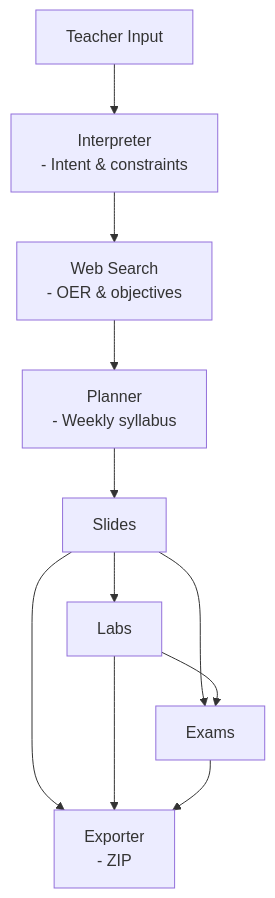
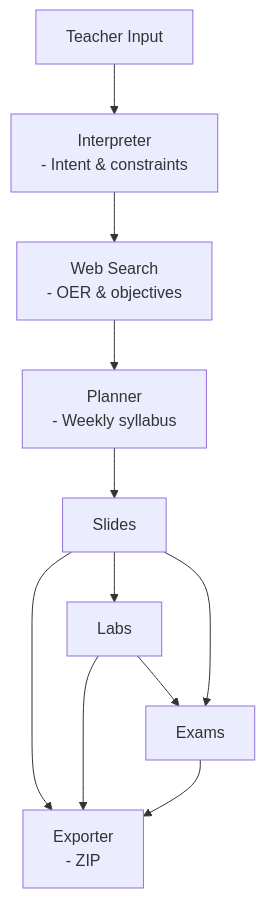
Before and after one commit to FaiOnayq/minhaj: the diagram in README.md, drawn with Mermaid.

````diff
--- a/README.md
+++ b/README.md
@@ -2,14 +2,14 @@
 ```mermaid
 graph TD;
     A[Teacher Input] --> B[Interpreter<br/>- Intent & constraints];
     B --> C[Web Search<br/>- OER & objectives];
     C --> D[Planner<br/>- Weekly syllabus];
     D --> E[Slides];
     E --> F[Labs];
-    E --> G[Exams];
-    F --> G
+    F --> G[Exams];
+    E --> G
     E --> H[Exporter<br/>- ZIP];
     F --> H
     G --> H
 
 ```
````
